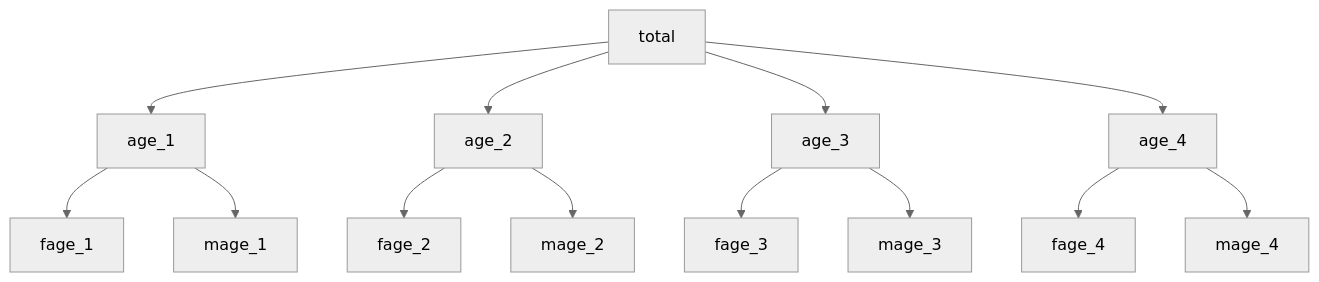
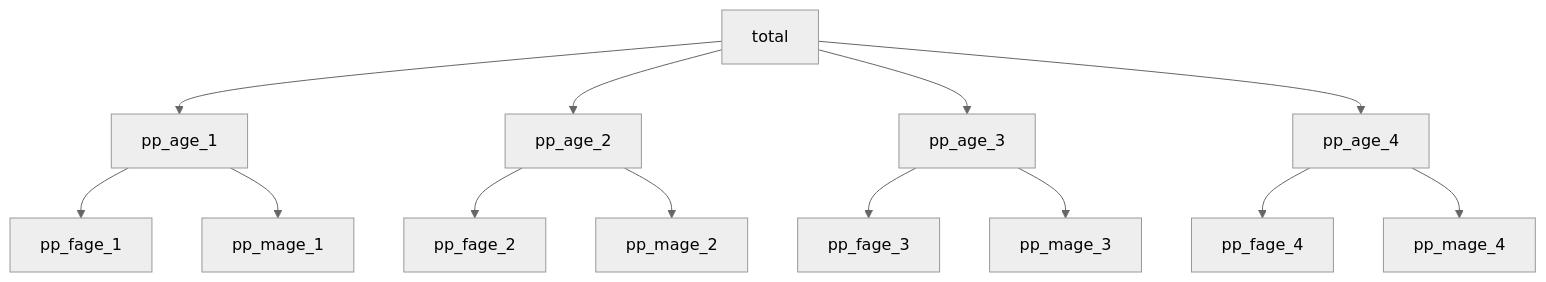
The diagram in README.md (wpgp/jollofR), drawn with Mermaid (neutral theme) before and after one commit.

Commit message:
README.md

````diff
--- a/README.md
+++ b/README.md
@@ -373,15 +373,15 @@
 ```mermaid
 graph TD;
-A[total]-->B[age_1];
-A[total]-->C[age_2];
-A[total]-->D[age_3];
-A[total]-->E[age_4];
-B[age_1]-->F[fage_1];
-B[age_1]-->G[mage_1];
-C[age_2]-->H[fage_2];
-C[age_2]-->I[mage_2];
-D[age_3]-->J[fage_3];
-D[age_3]-->K[mage_3];
-E[age_4]-->L[fage_4];
-E[age_4]-->M[mage_4];
+A[total]-->B[pp_age_1];
+A[total]-->C[pp_age_2];
+A[total]-->D[pp_age_3];
+A[total]-->E[pp_age_4];
+B[pp_age_1]-->F[pp_fage_1];
+B[pp_age_1]-->G[pp_mage_1];
+C[pp_age_2]-->H[pp_fage_2];
+C[pp_age_2]-->I[pp_mage_2];
+D[pp_age_3]-->J[pp_fage_3];
+D[pp_age_3]-->K[pp_mage_3];
+E[pp_age_4]-->L[pp_fage_4];
+E[pp_age_4]-->M[pp_mage_4];
 ```
````
